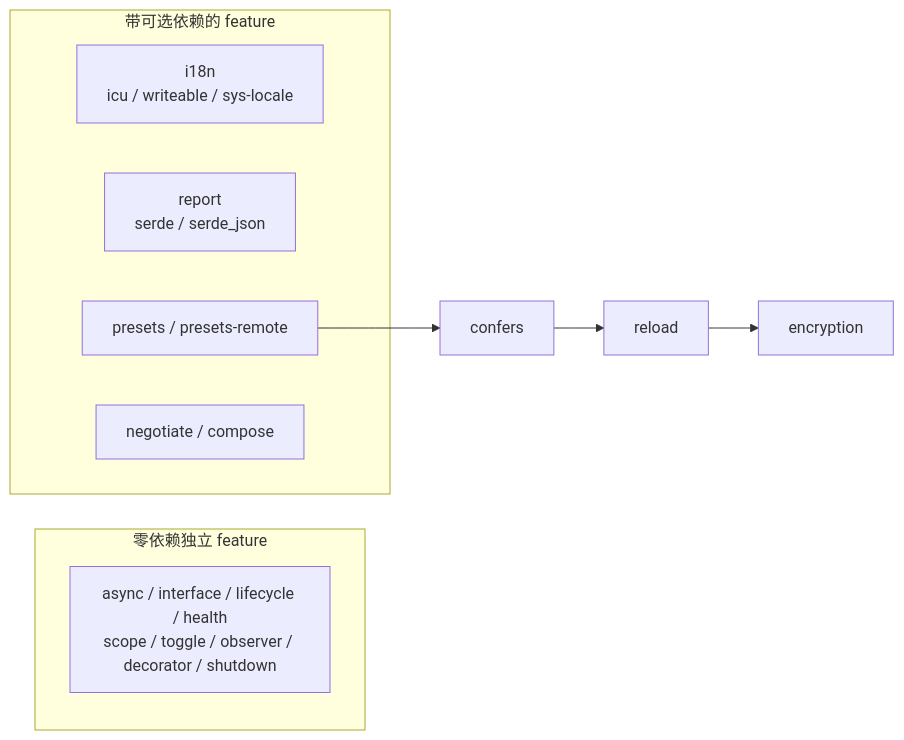
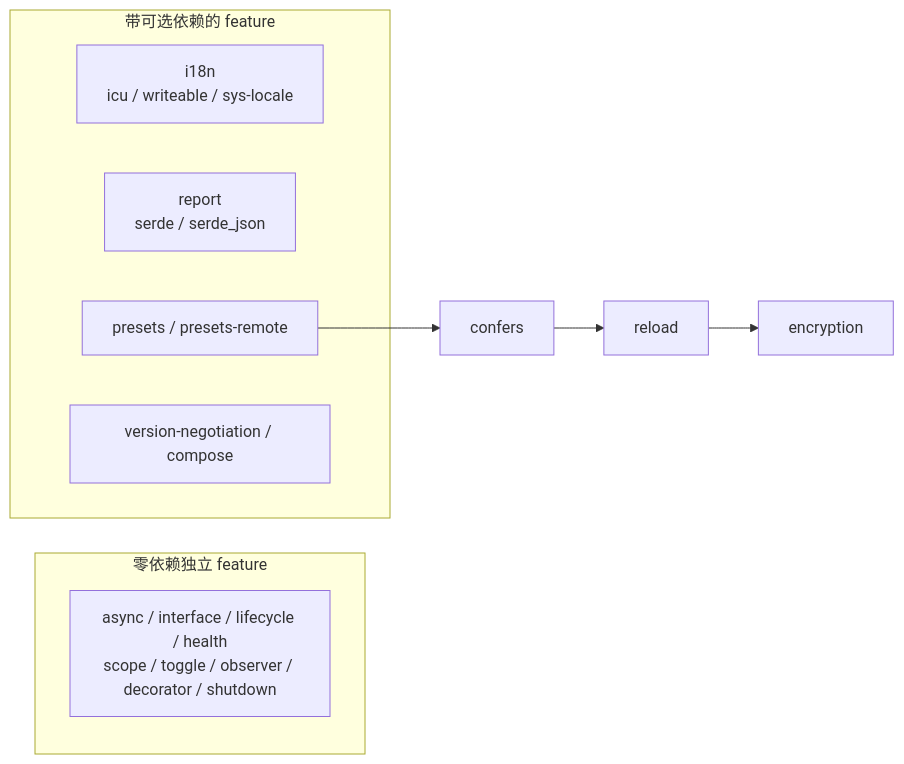
One commit to Kirky-X/trait-kit changed the third of 6 diagrams in docs/ARCHITECTURE.md. Above: the diagram before and after it, drawn with Mermaid. The commit also changed 11 other files, not shown here.

````diff
--- a/docs/ARCHITECTURE.md
+++ b/docs/ARCHITECTURE.md
@@ -129,18 +129,18 @@
 ```mermaid
 graph LR
     C["confers"] --> R["reload"]
     R --> E["encryption"]
 
     subgraph zc["零依赖独立 feature"]
         Z["async / interface / lifecycle / health<br/>scope / toggle / observer / decorator / shutdown"]
     end
 
     subgraph dep["带可选依赖的 feature"]
         D1["i18n<br/>icu / writeable / sys-locale"]
         D2["report<br/>serde / serde_json"]
         P["presets / presets-remote"]
-        N["negotiate / compose"]
+        N["version-negotiation / compose"]
     end
 
     P --> C
 ```
````
